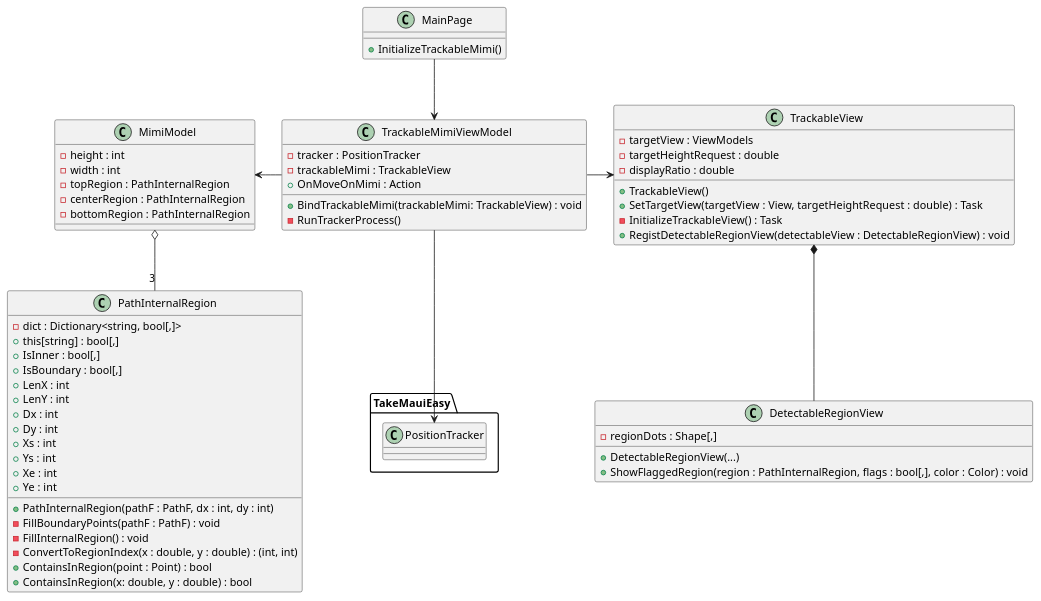
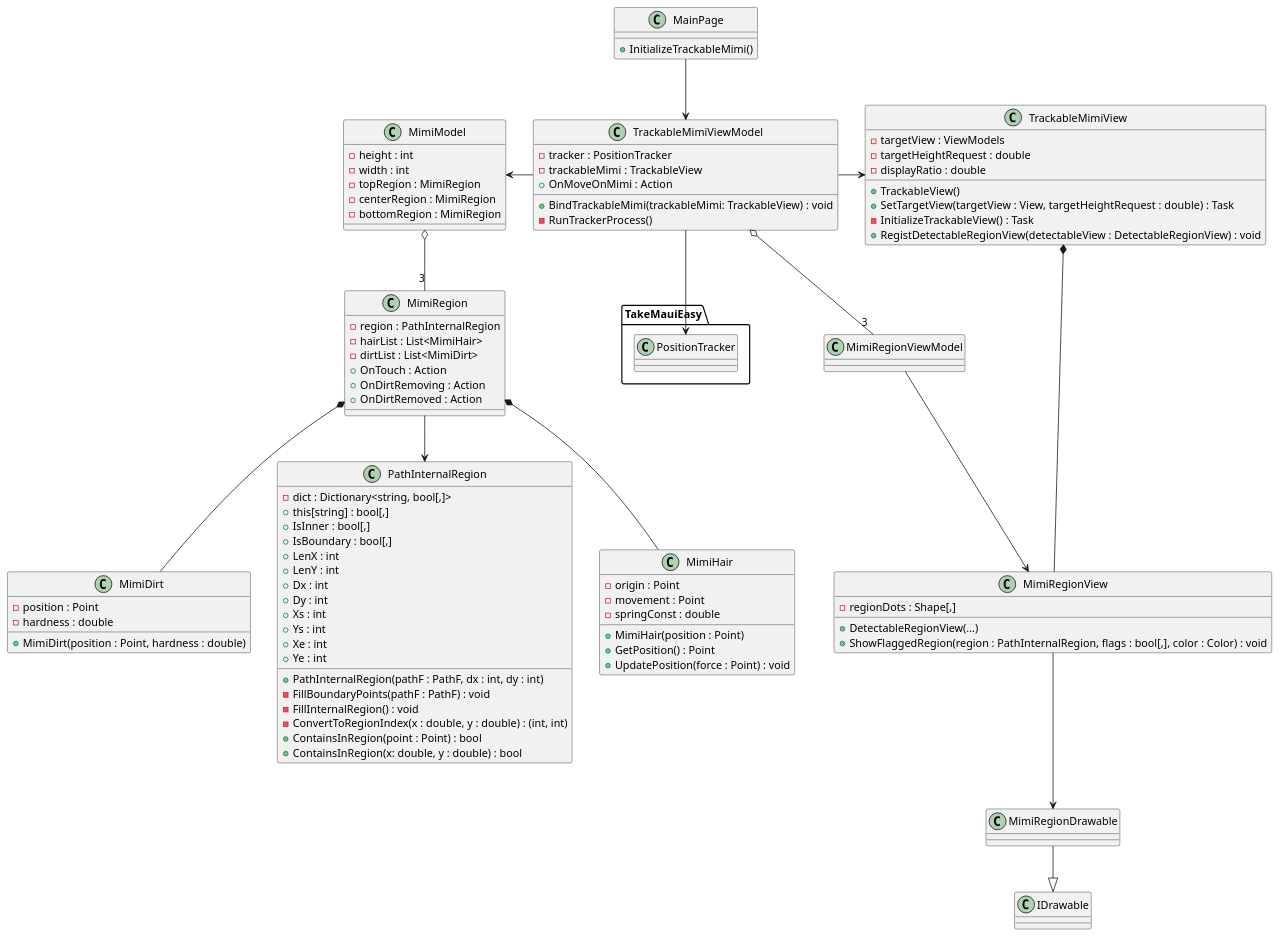
One commit to tatsuya19871219/MauiMimikakiApp changed the diagram in uml/MimikakiApp.puml. Above: the diagram before and after it, drawn with PlantUML. The commit also changed 10 other files, not shown here.

```diff
--- a/uml/MimikakiApp.puml
+++ b/uml/MimikakiApp.puml
@@ -1,84 +1,130 @@
 @startuml MimikakiClassDiagram
 ' Models
 class MimiModel
 {
     - height : int
     - width : int
-    - topRegion : PathInternalRegion
-    - centerRegion : PathInternalRegion
-    - bottomRegion : PathInternalRegion
+    - topRegion : MimiRegion
+    - centerRegion : MimiRegion
+    - bottomRegion : MimiRegion
+}
+
+class MimiRegion
+{
+    - region : PathInternalRegion
+    - hairList : List<MimiHair>
+    - dirtList : List<MimiDirt>
+    + OnTouch : Action
+    + OnDirtRemoving : Action
+    + OnDirtRemoved : Action
+}
+
+class MimiHair
+{
+    - origin : Point
+    - movement : Point
+    - springConst : double
+    + MimiHair(position : Point)
+    + GetPosition() : Point
+    + UpdatePosition(force : Point) : void
+}
+
+class MimiDirt
+{
+    - position : Point
+    - hardness : double
+    + MimiDirt(position : Point, hardness : double)
 }
 
 class PathInternalRegion
 {
     - dict : Dictionary<string, bool[,]>
     + this[string] : bool[,]
     + IsInner : bool[,]
     + IsBoundary : bool[,]
     + LenX : int
     + LenY : int
     + Dx : int
     + Dy : int
     + Xs : int
     + Ys : int
     + Xe : int
     + Ye : int
     + PathInternalRegion(pathF : PathF, dx : int, dy : int)
     - FillBoundaryPoints(pathF : PathF) : void
     - FillInternalRegion() : void
     - ConvertToRegionIndex(x : double, y : double) : (int, int)
     + ContainsInRegion(point : Point) : bool
     + ContainsInRegion(x: double, y : double) : bool
 }
 
 ' Views
-class TrackableView
+class TrackableMimiView
 {
     - targetView : ViewModels
     - targetHeightRequest : double
     - displayRatio : double
     + TrackableView()
     + SetTargetView(targetView : View, targetHeightRequest : double) : Task
     - InitializeTrackableView() : Task
     + RegistDetectableRegionView(detectableView : DetectableRegionView) : void
 }
 
-class DetectableRegionView
+class MimiRegionView
 {
     - regionDots : Shape[,]
     + DetectableRegionView(...)
     + ShowFlaggedRegion(region : PathInternalRegion, flags : bool[,], color : Color) : void
 }
 
 ' ViewModels
 class TrackableMimiViewModel
 {
     - tracker : PositionTracker
     - trackableMimi : TrackableView
     + OnMoveOnMimi : Action
     + BindTrackableMimi(trackableMimi: TrackableView) : void
     - RunTrackerProcess()
 }
 
+class MimiRegionViewModel
+{
+
+}
+
+' Drawable
+class MimiRegionDrawable
+{
+
+}
+
 ' Page
 class MainPage
 {
     + InitializeTrackableMimi()
 }
 
 ' Library
 package TakeMauiEasy
 {
     class PositionTracker
 }
 
 ' 
-MimiModel o-- "3" PathInternalRegion
-TrackableView *-- DetectableRegionView
-TrackableMimiViewModel -right-> TrackableView
+MimiModel o-- "3" MimiRegion
+MimiRegion --> PathInternalRegion
+MimiRegion *-- MimiHair
+MimiRegion *-- MimiDirt
+TrackableMimiView *-- MimiRegionView
+TrackableMimiViewModel -right-> TrackableMimiView
 TrackableMimiViewModel -left-> MimiModel
 MainPage --> TrackableMimiViewModel
 
 TrackableMimiViewModel --> PositionTracker
 
+TrackableMimiViewModel o-- "3" MimiRegionViewModel
+MimiRegionViewModel --> MimiRegionView
+MimiRegionView --> MimiRegionDrawable
+MimiRegionDrawable --|> IDrawable
+
 @enduml
```
